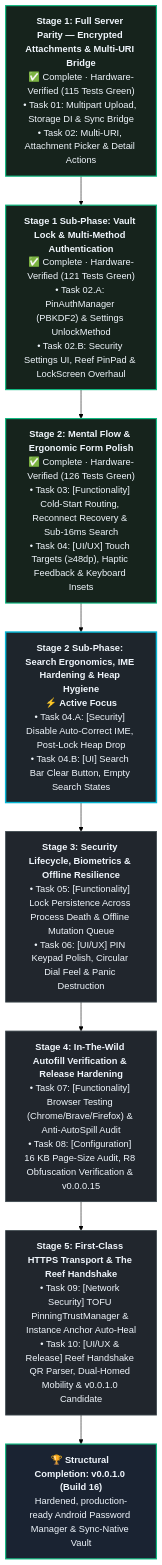
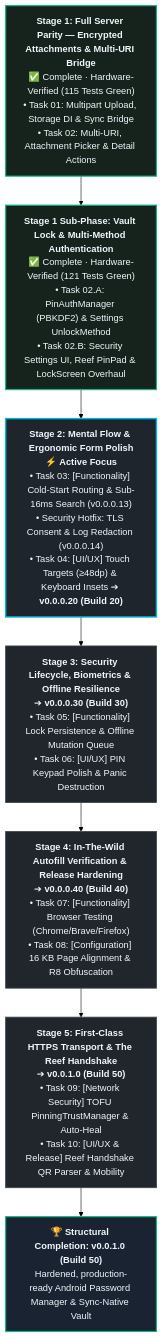
Before and after one commit to ClawStackStudios/ShellGuard-Mobile: the diagram in ROADMAP.md, drawn with Mermaid (forest theme). The commit also changed other lines of this file and 12 other files, not shown here.

First line of the commit message:
chore(release): bump version to 0.0.0.14 (Build 14) and realign roadmap to decade intervals

````diff
--- a/ROADMAP.md
+++ b/ROADMAP.md
@@ -26,25 +26,23 @@
 ```mermaid
 flowchart TD
     classDef completedStage fill:#16231C,stroke:#10B981,stroke-width:2px,color:#F0F6FC;
     classDef activeStage fill:#1E252C,stroke:#06B6D4,stroke-width:2.5px,color:#F0F6FC;
     classDef futureStage fill:#21262D,stroke:#3D484E,stroke-width:1.5px,color:#F0F6FC;
     classDef targetMilestone fill:#1A2332,stroke:#10B981,stroke-width:2px,color:#F0F6FC;
 
     S1["<b>Stage 1: Full Server Parity — Encrypted Attachments & Multi-URI Bridge</b><br/>✅ Complete · Hardware-Verified (115 Tests Green)<br/>• Task 01: Multipart Upload, Storage DI & Sync Bridge<br/>• Task 02: Multi-URI, Attachment Picker & Detail Actions"]:::completedStage
 
     S1_SUB["<b>Stage 1 Sub-Phase: Vault Lock & Multi-Method Authentication</b><br/>✅ Complete · Hardware-Verified (121 Tests Green)<br/>• Task 02.A: PinAuthManager (PBKDF2) & Settings UnlockMethod<br/>• Task 02.B: Security Settings UI, Reef PinPad & LockScreen Overhaul"]:::completedStage
 
-    S2["<b>Stage 2: Mental Flow & Ergonomic Form Polish</b><br/>✅ Complete · Hardware-Verified (126 Tests Green)<br/>• Task 03: [Functionality] Cold-Start Routing, Reconnect Recovery & Sub-16ms Search<br/>• Task 04: [UI/UX] Touch Targets (≥48dp), Haptic Feedback & Keyboard Insets"]:::completedStage
+    S2["<b>Stage 2: Mental Flow & Ergonomic Form Polish</b><br/>⚡ <b>Active Focus</b><br/>• Task 03: [Functionality] Cold-Start Routing & Sub-16ms Search (v0.0.0.13)<br/>• Security Hotfix: TLS Consent & Log Redaction (v0.0.0.14)<br/>• Task 04: [UI/UX] Touch Targets (≥48dp) & Keyboard Insets ➔ <b>v0.0.0.20 (Build 20)</b>"]:::activeStage
 
-    S2_SUB["<b>Stage 2 Sub-Phase: Search Ergonomics, IME Hardening & Heap Hygiene</b><br/>⚡ <b>Active Focus</b><br/>• Task 04.A: [Security] Disable Auto-Correct IME, Post-Lock Heap Drop<br/>• Task 04.B: [UI] Search Bar Clear Button, Empty Search States"]:::activeStage
+    S3["<b>Stage 3: Security Lifecycle, Biometrics & Offline Resilience</b><br/>➔ <b>v0.0.0.30 (Build 30)</b><br/>• Task 05: [Functionality] Lock Persistence & Offline Mutation Queue<br/>• Task 06: [UI/UX] PIN Keypad Polish & Panic Destruction"]:::futureStage
 
-    S3["<b>Stage 3: Security Lifecycle, Biometrics & Offline Resilience</b><br/>• Task 05: [Functionality] Lock Persistence Across Process Death & Offline Mutation Queue<br/>• Task 06: [UI/UX] PIN Keypad Polish, Circular Dial Feel & Panic Destruction"]:::futureStage
+    S4["<b>Stage 4: In-The-Wild Autofill Verification & Release Hardening</b><br/>➔ <b>v0.0.0.40 (Build 40)</b><br/>• Task 07: [Functionality] Browser Testing (Chrome/Brave/Firefox)<br/>• Task 08: [Configuration] 16 KB Page Alignment & R8 Obfuscation"]:::futureStage
 
-    S4["<b>Stage 4: In-The-Wild Autofill Verification & Release Hardening</b><br/>• Task 07: [Functionality] Browser Testing (Chrome/Brave/Firefox) & Anti-AutoSpill Audit<br/>• Task 08: [Configuration] 16 KB Page-Size Audit, R8 Obfuscation Verification & v0.0.0.15"]:::futureStage
+    S5["<b>Stage 5: First-Class HTTPS Transport & The Reef Handshake</b><br/>➔ <b>v0.0.1.0 (Build 50)</b><br/>• Task 09: [Network Security] TOFU PinningTrustManager & Auto-Heal<br/>• Task 10: [UI/UX & Release] Reef Handshake QR Parser & Mobility"]:::futureStage
 
-    S5["<b>Stage 5: First-Class HTTPS Transport & The Reef Handshake</b><br/>• Task 09: [Network Security] TOFU PinningTrustManager & Instance Anchor Auto-Heal<br/>• Task 10: [UI/UX & Release] Reef Handshake QR Parser, Dual-Homed Mobility & v0.0.1.0 Candidate"]:::futureStage
+    M1["<b>🏆 Structural Completion: v0.0.1.0 (Build 50)</b><br/>Hardened, production-ready Android Password Manager & Sync-Native Vault"]:::targetMilestone
 
-    M1["<b>🏆 Structural Completion: v0.0.1.0 (Build 16)</b><br/>Hardened, production-ready Android Password Manager & Sync-Native Vault"]:::targetMilestone
-
-    S1 --> S1_SUB --> S2 --> S2_SUB --> S3 --> S4 --> S5 --> M1
+    S1 --> S1_SUB --> S2 --> S3 --> S4 --> S5 --> M1
 ```
````
